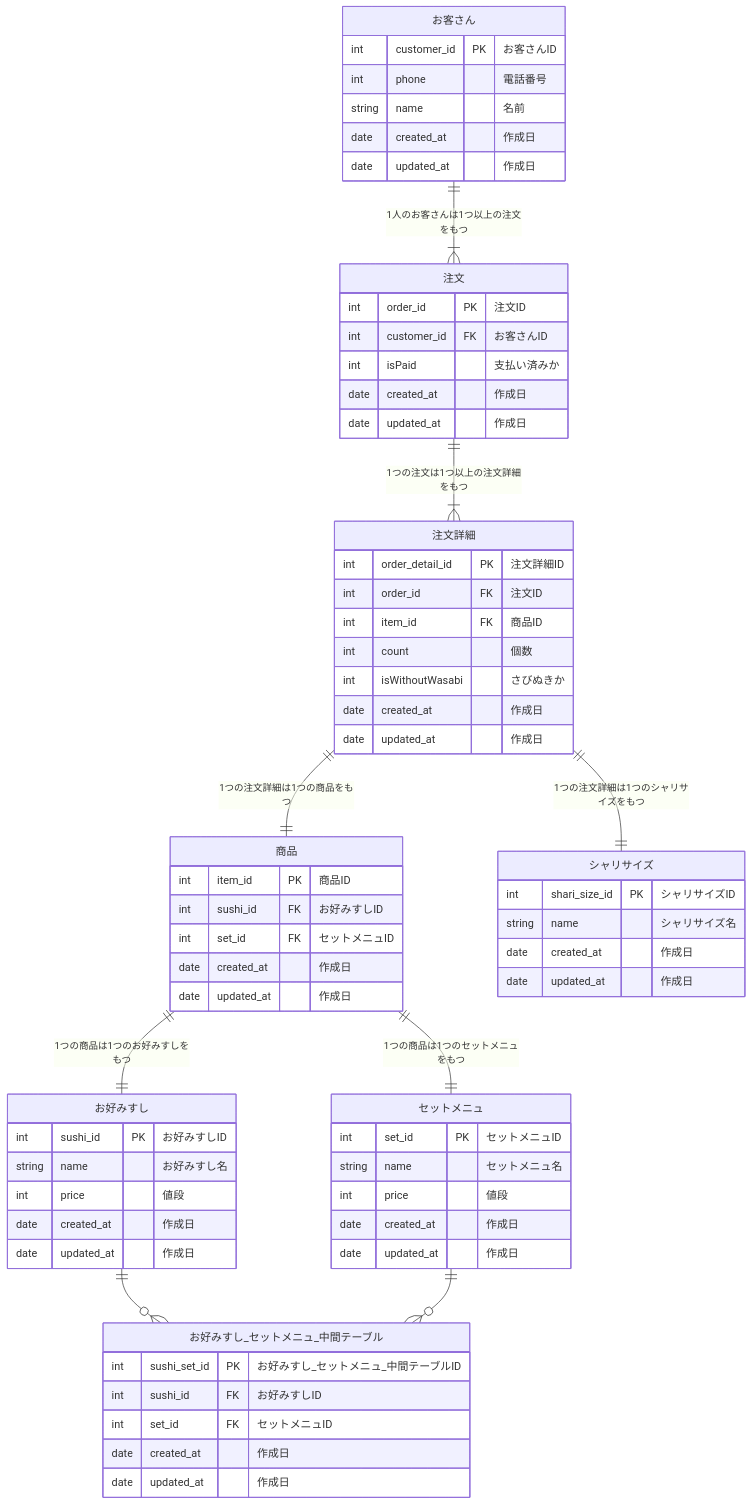
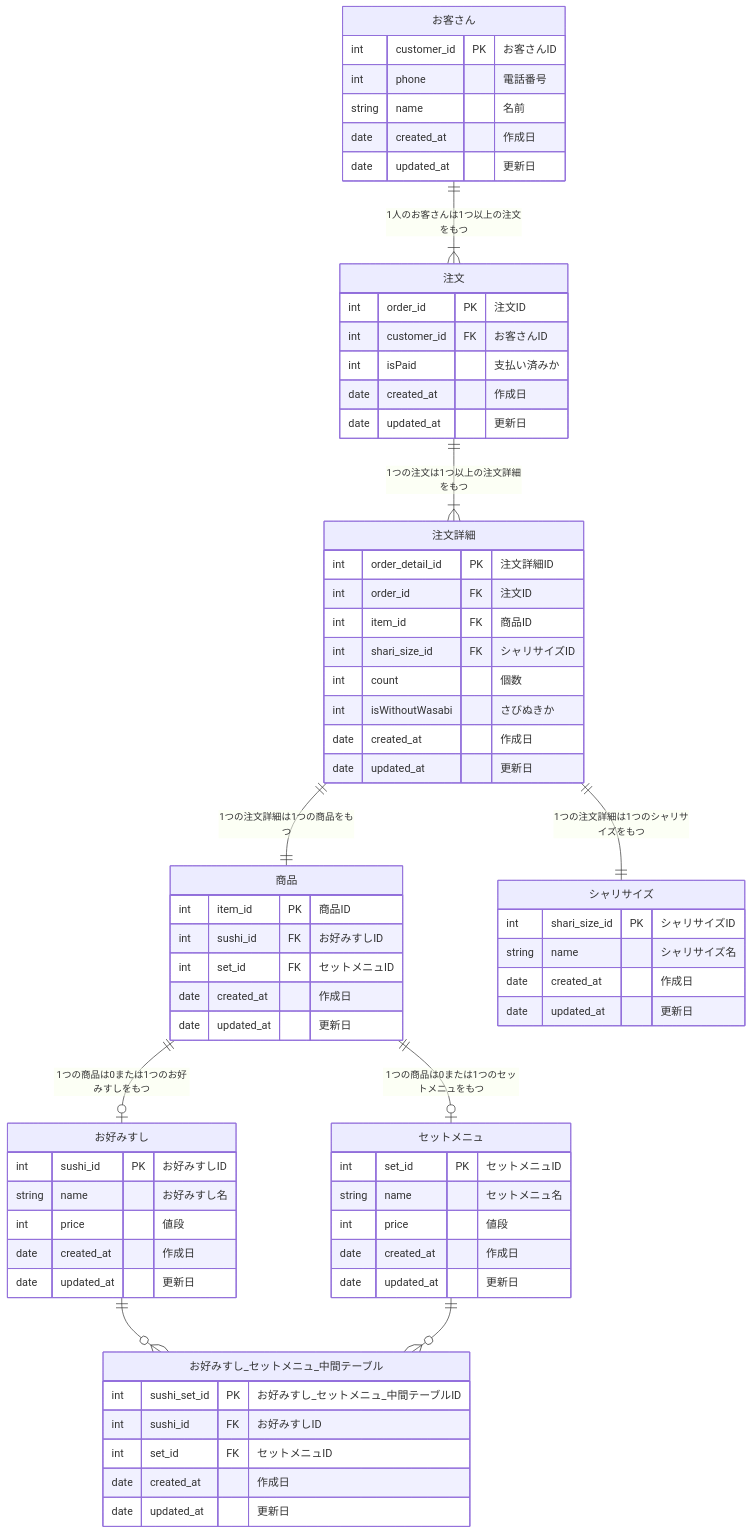
One commit to praha-inc/praha-challenge-7 changed the diagram in F0yWy8HaLlWoST/01_データベース設計/01_DBモデリング1/kadai_02.md. Above: the diagram before and after it, drawn with Mermaid.

Commit message:
fix: シャリサイズ紐付け、リレーション修正

````diff
--- a/F0yWy8HaLlWoST/01_データベース設計/01_DBモデリング1/kadai_02.md
+++ b/F0yWy8HaLlWoST/01_データベース設計/01_DBモデリング1/kadai_02.md
@@ -3,77 +3,78 @@
 ```mermaid
 erDiagram
 
   "お客さん" {
     int customer_id PK "お客さんID"
     int phone "電話番号"
     string name "名前"
     date created_at "作成日"
-    date updated_at "作成日"
+    date updated_at "更新日"
   }
 
   "商品" {
     int item_id PK "商品ID"
     int sushi_id FK "お好みすしID"
     int set_id FK "セットメニュID"
     date created_at "作成日"
-    date updated_at "作成日"
+    date updated_at "更新日"
   }
 
   "お好みすし" {
     int sushi_id PK "お好みすしID"
     string name "お好みすし名"
     int price "値段"
     date created_at "作成日"
-    date updated_at "作成日"
+    date updated_at "更新日"
   }
 
   "セットメニュ" {
     int set_id PK "セットメニュID"
     string name "セットメニュ名"
     int price "値段"
     date created_at "作成日"
-    date updated_at "作成日"
+    date updated_at "更新日"
   }
 
   "お好みすし_セットメニュ_中間テーブル" {
     int sushi_set_id PK "お好みすし_セットメニュ_中間テーブルID"
     int sushi_id FK "お好みすしID"
     int set_id FK "セットメニュID"
     date created_at "作成日"
-    date updated_at "作成日"
+    date updated_at "更新日"
   }
 
   "注文" {
     int order_id PK "注文ID"
     int customer_id FK "お客さんID"
     int isPaid "支払い済みか"
     date created_at "作成日"
-    date updated_at "作成日"
+    date updated_at "更新日"
   }
 
   "注文詳細" {
     int order_detail_id PK "注文詳細ID"
     int order_id FK "注文ID"
     int item_id FK "商品ID"
+    int shari_size_id FK "シャリサイズID"
     int count "個数"
     int isWithoutWasabi "さびぬきか"
     date created_at "作成日"
-    date updated_at "作成日"
+    date updated_at "更新日"
   }
 
   "シャリサイズ" {
     int shari_size_id PK "シャリサイズID"
     string name "シャリサイズ名"
     date created_at "作成日"
-    date updated_at "作成日"
+    date updated_at "更新日"
   }
 
   "お客さん" ||--|{ "注文": "1人のお客さんは1つ以上の注文をもつ"
   "注文" ||--|{ "注文詳細": "1つの注文は1つ以上の注文詳細をもつ"
   "注文詳細" ||--|| "商品": "1つの注文詳細は1つの商品をもつ"
-  "商品" ||--|| "お好みすし": "1つの商品は1つのお好みすしをもつ"
-  "商品" ||--|| "セットメニュ": "1つの商品は1つのセットメニュをもつ"
+  "商品" ||--o| "お好みすし": "1つの商品は0または1つのお好みすしをもつ"
+  "商品" ||--o| "セットメニュ": "1つの商品は0または1つのセットメニュをもつ"
   "お好みすし" ||--o{ "お好みすし_セットメニュ_中間テーブル": ""
   "セットメニュ" ||--o{ "お好みすし_セットメニュ_中間テーブル": ""
   "注文詳細" ||--|| "シャリサイズ": "1つの注文詳細は1つのシャリサイズをもつ"
 ```
````
